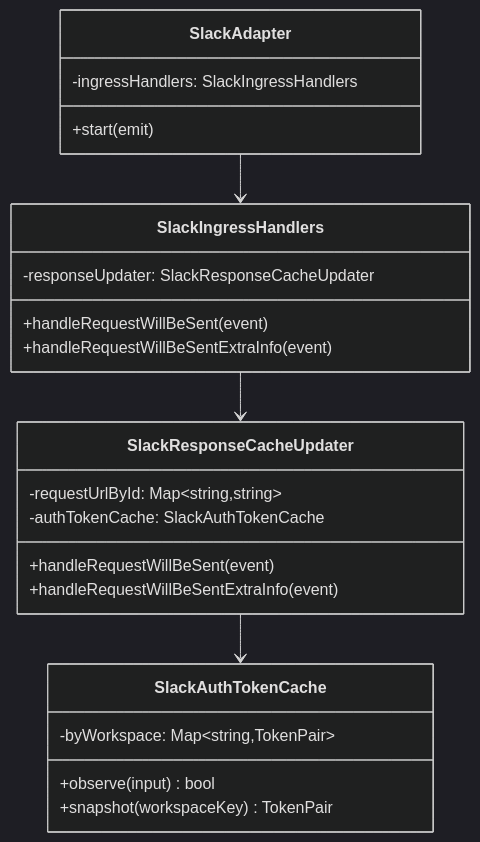
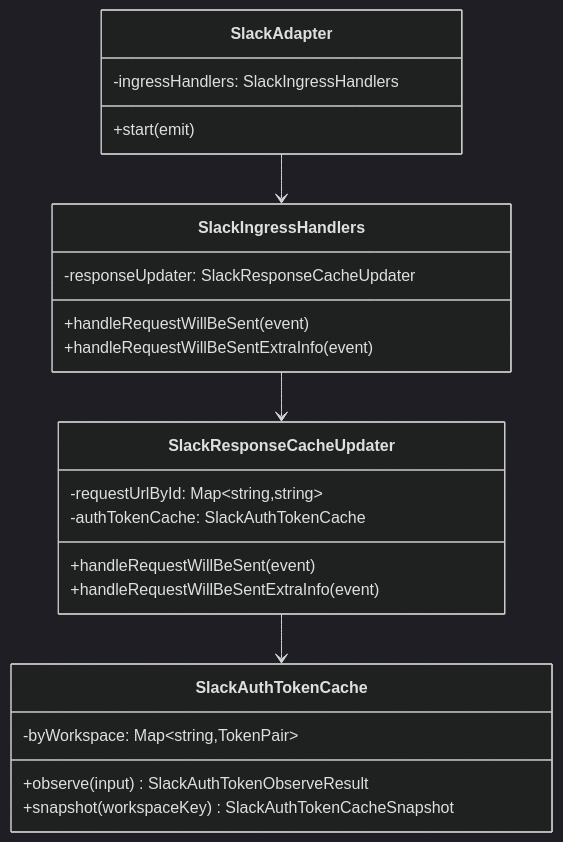
Before and after one commit to masahide/adjutant: the first of 2 diagrams in doc/plan/260224-s01-slack-auth-token-memory-cache.md, drawn with Mermaid (dark theme). The commit also changed other lines of this file and 7 other files, not shown here.

First line of the commit message:
feat: SlackAuthTokenCacheの実装と関連機能の追加

````diff
--- a/doc/plan/260224-s01-slack-auth-token-memory-cache.md
+++ b/doc/plan/260224-s01-slack-auth-token-memory-cache.md
@@ -196,30 +225,30 @@
 ```mermaid
 classDiagram
   class SlackAdapter {
     +start(emit)
     -ingressHandlers: SlackIngressHandlers
   }
 
   class SlackIngressHandlers {
     -responseUpdater: SlackResponseCacheUpdater
     +handleRequestWillBeSent(event)
     +handleRequestWillBeSentExtraInfo(event)
   }
 
   class SlackResponseCacheUpdater {
     -requestUrlById: Map~string,string~
     -authTokenCache: SlackAuthTokenCache
     +handleRequestWillBeSent(event)
     +handleRequestWillBeSentExtraInfo(event)
   }
 
   class SlackAuthTokenCache {
     -byWorkspace: Map~string,TokenPair~
-    +observe(input) bool
-    +snapshot(workspaceKey) TokenPair
+    +observe(input) SlackAuthTokenObserveResult
+    +snapshot(workspaceKey) SlackAuthTokenCacheSnapshot
   }
 
   SlackAdapter --> SlackIngressHandlers
   SlackIngressHandlers --> SlackResponseCacheUpdater
   SlackResponseCacheUpdater --> SlackAuthTokenCache
 ```
````
